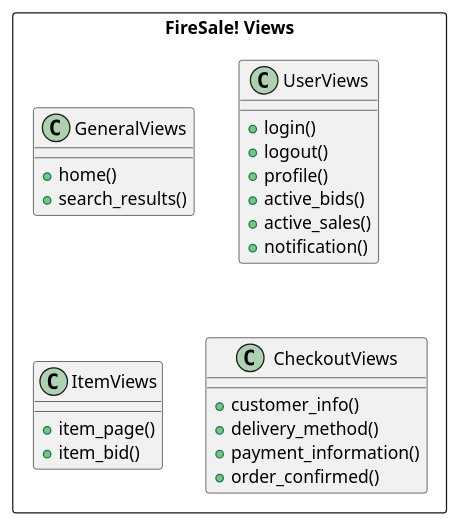
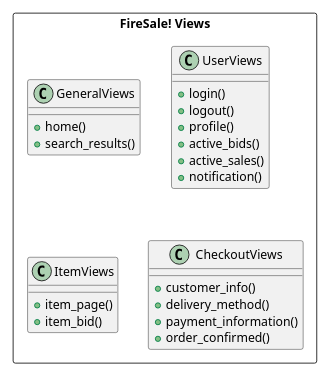
Before and after one commit to T-220-VLN2-H2/Code: the diagram in docs/diagrams/clsViews.pu, drawn with PlantUML. The commit also changed 2 other files, not shown here.

```diff
--- a/docs/diagrams/clsViews.pu
+++ b/docs/diagrams/clsViews.pu
@@ -1,29 +1,31 @@
 @startuml FireSaleViews
+scale 0.7
+'scale 1.5 | scale 200 width | scale 100 height | scale [max] 200x100
 rectangle "FireSale! Views" as views {
     class GeneralViews {
         + home()
         + search_results()
     }
 
     class UserViews {
         + login()
         + logout()
         + profile()
         + active_bids()
         + active_sales()
         + notification()
     }
 
     class ItemViews {
         + item_page()
         + item_bid()
     }
 
     class CheckoutViews {
         + customer_info()
         + delivery_method()
         + payment_information()
         + order_confirmed()
     }
 }
 @enduml
```
